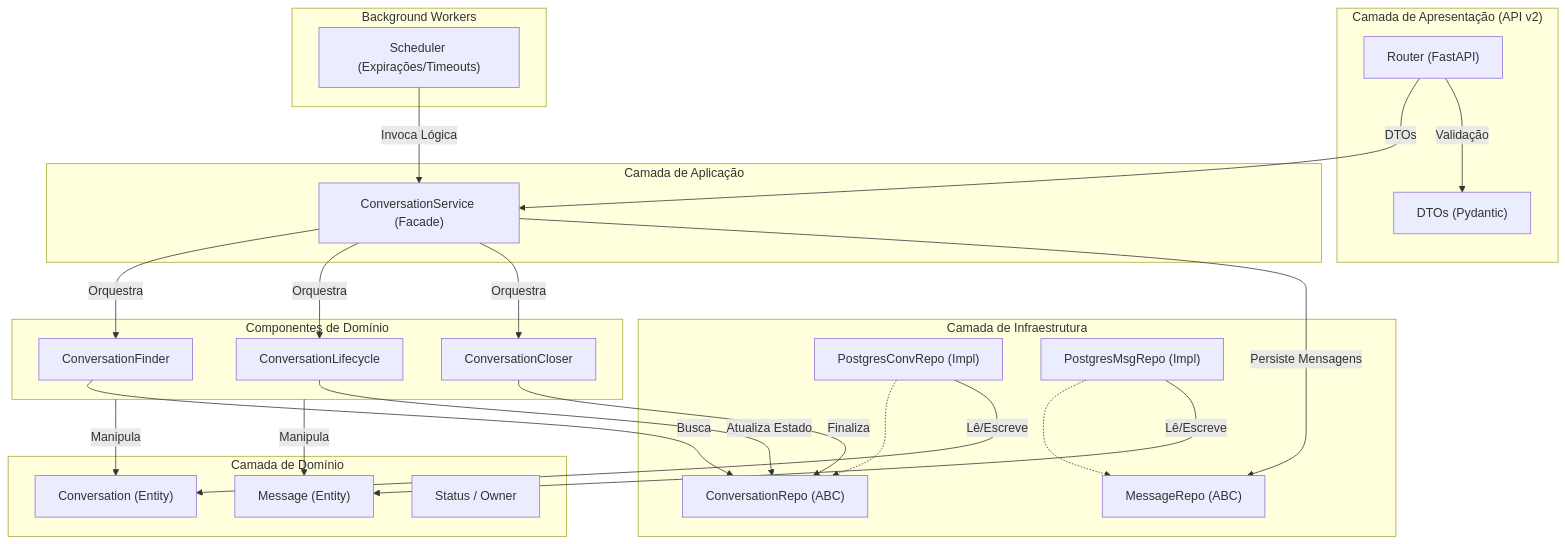
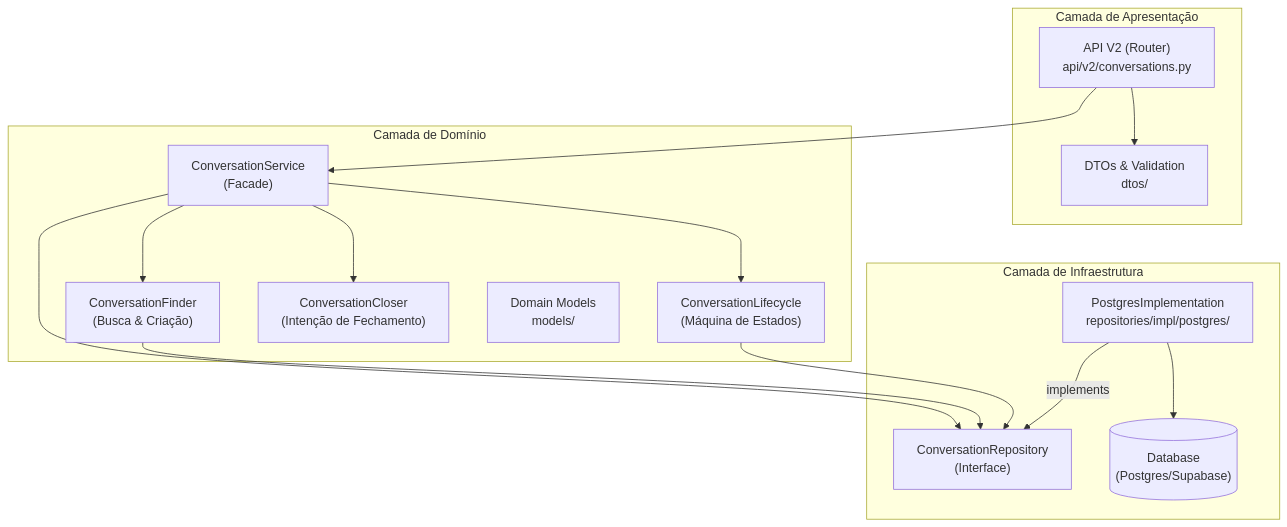
Before and after one commit to lennonconstantino/whatsapp_twilio_ai: the diagram in src/modules/conversation/docs/analise_conformidade_modulo_conversation.md, drawn with Mermaid. The commit also changed other lines of this file and 13 other files, not shown here.

````diff
--- a/src/modules/conversation/docs/analise_conformidade_modulo_conversation.md
+++ b/src/modules/conversation/docs/analise_conformidade_modulo_conversation.md
@@ -21,57 +17,32 @@
 ```mermaid
 graph TD
-    subgraph API["Camada de Apresentação (API v2)"]
-        Router["Router (FastAPI)"]
-        DTOs["DTOs (Pydantic)"]
+    subgraph Presentation ["Camada de Apresentação"]
+        API["API V2 (Router)<br>api/v2/conversations.py"]
+        DTO["DTOs & Validation<br>dtos/"]
     end
 
-    subgraph App["Camada de Aplicação"]
-        Service["ConversationService (Facade)"]
+    subgraph Domain ["Camada de Domínio"]
+        Service["ConversationService<br>(Facade)"]
+        Finder["ConversationFinder<br>(Busca & Criação)"]
+        Lifecycle["ConversationLifecycle<br>(Máquina de Estados)"]
+        Closer["ConversationCloser<br>(Intenção de Fechamento)"]
+        Models["Domain Models<br>models/"]
     end
 
-    subgraph Components["Componentes de Domínio"]
-        Finder["ConversationFinder"]
-        Lifecycle["ConversationLifecycle"]
-        Closer["ConversationCloser"]
+    subgraph Infrastructure ["Camada de Infraestrutura"]
+        Repo["ConversationRepository<br>(Interface)"]
+        Impl["PostgresImplementation<br>repositories/impl/postgres/"]
+        DB[("Database<br>(Postgres/Supabase)")]
     end
 
-    subgraph Domain["Camada de Domínio"]
-        Conversation["Conversation (Entity)"]
-        Message["Message (Entity)"]
-        Enums["Status / Owner"]
-    end
-
-    subgraph Infra["Camada de Infraestrutura"]
-        ConvRepoABC["ConversationRepo (ABC)"]
-        MsgRepoABC["MessageRepo (ABC)"]
-        ConvRepoImpl["PostgresConvRepo (Impl)"]
-        MsgRepoImpl["PostgresMsgRepo (Impl)"]
-    end
-
-    subgraph Workers["Background Workers"]
-        Scheduler["Scheduler (Expirações/Timeouts)"]
-    end
-
-    Router -- "DTOs" --> Service
-    Router -- "Validação" --> DTOs
-    
-    Service -- "Orquestra" --> Finder
-    Service -- "Orquestra" --> Lifecycle
-    Service -- "Orquestra" --> Closer
-    Service -- "Persiste Mensagens" --> MsgRepoABC
-    
-    Finder -- "Busca" --> ConvRepoABC
-    Lifecycle -- "Atualiza Estado" --> ConvRepoABC
-    Closer -- "Finaliza" --> ConvRepoABC
-    
-    Scheduler -- "Invoca Lógica" --> Service
-    
-    Components -- "Manipula" --> Conversation
-    Components -- "Manipula" --> Message
-    
-    ConvRepoImpl -.-> ConvRepoABC
-    MsgRepoImpl -.-> MsgRepoABC
-    
-    ConvRepoImpl -- "Lê/Escreve" --> Conversation
-    MsgRepoImpl -- "Lê/Escreve" --> Message
+    API --> Service
+    API --> DTO
+    Service --> Finder
+    Service --> Lifecycle
+    Service --> Closer
+    Service --> Repo
+    Finder --> Repo
+    Lifecycle --> Repo
+    Impl -- implements --> Repo
+    Impl --> DB
 ```
````
